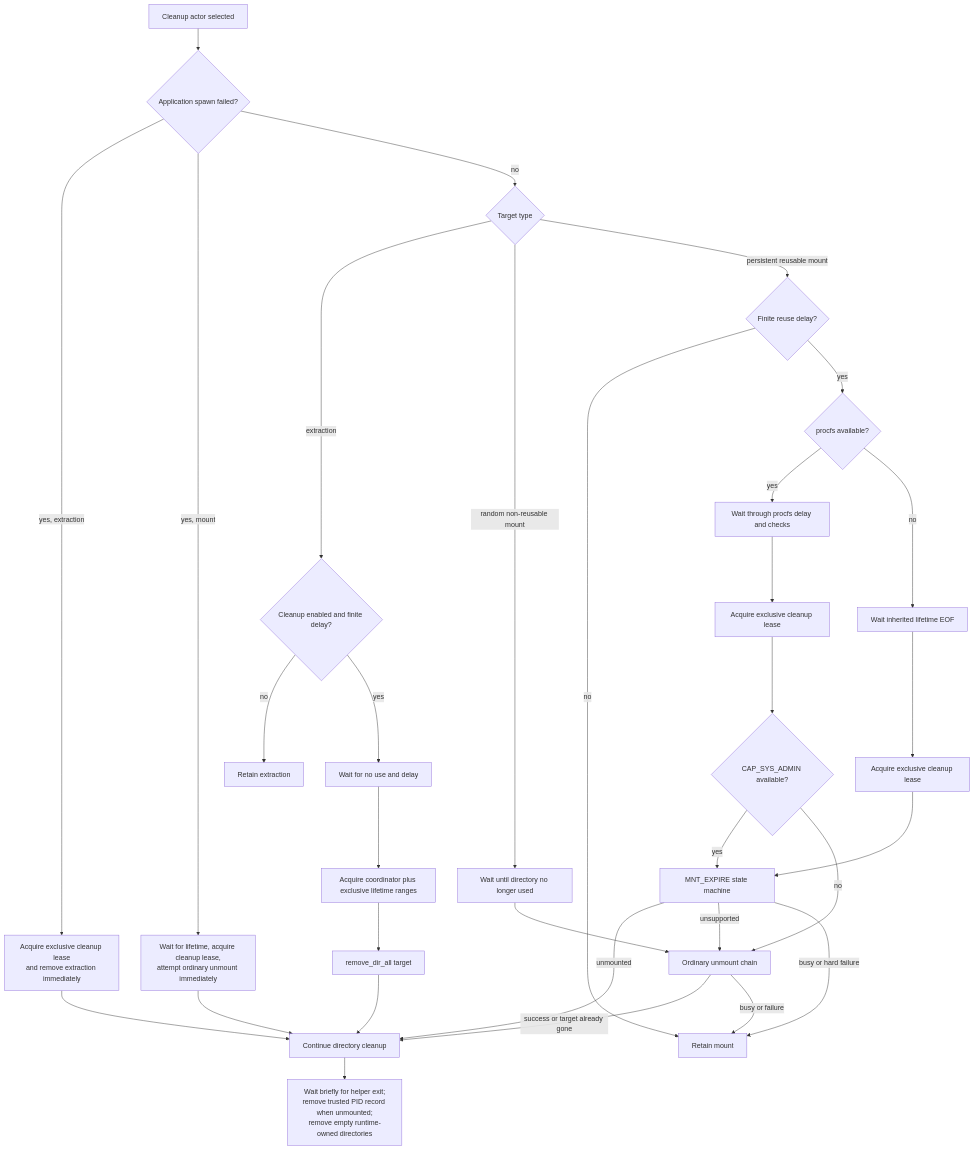
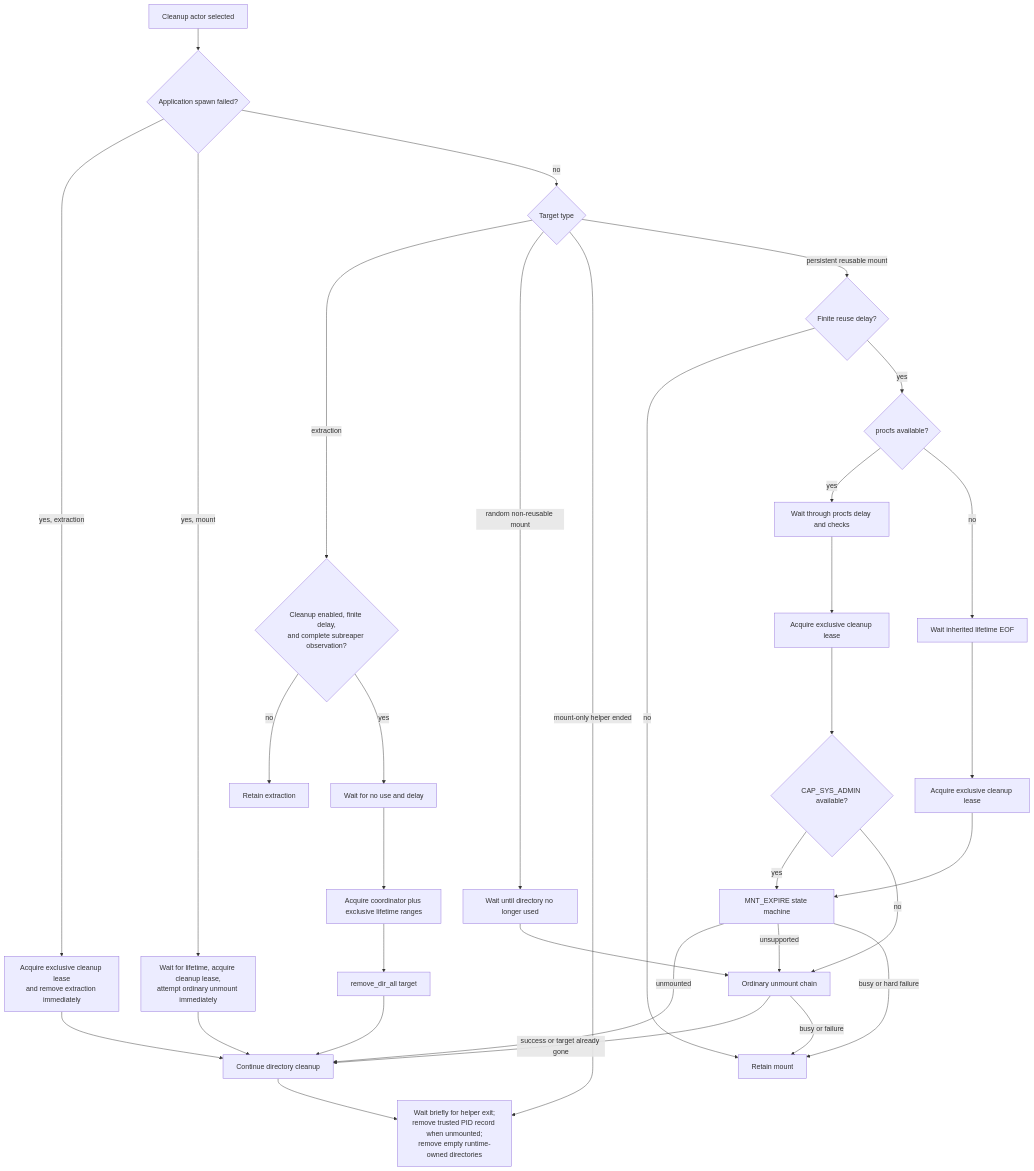
Before and after one commit to VHSgunzo/uruntime: the sixth of 6 diagrams in docs/APPLICATION_LIFECYCLE.md, drawn with Mermaid. The commit also changed other lines of this file and 13 other files, not shown here.

````diff
--- a/docs/APPLICATION_LIFECYCLE.md
+++ b/docs/APPLICATION_LIFECYCLE.md
@@ -749,34 +761,35 @@
 ```mermaid
 flowchart TD
     A[Cleanup actor selected] --> B{Application spawn failed?}
     B -- yes, extraction --> C[Acquire exclusive cleanup lease<br/>and remove extraction immediately]
     B -- yes, mount --> D[Wait for lifetime, acquire cleanup lease,<br/>attempt ordinary unmount immediately]
     B -- no --> E{Target type}
-    E -- extraction --> F{Cleanup enabled and finite delay?}
+    E -- extraction --> F{Cleanup enabled, finite delay,<br/>and complete subreaper observation?}
     F -- no --> R[Retain extraction]
     F -- yes --> G[Wait for no use and delay]
     G --> H[Acquire coordinator plus exclusive lifetime ranges]
     H --> I[remove_dir_all target]
     E -- random non-reusable mount --> J[Wait until directory no longer used]
+    E -- mount-only helper ended --> T
     J --> K[Ordinary unmount chain]
     E -- persistent reusable mount --> L{Finite reuse delay?}
     L -- no --> R2[Retain mount]
     L -- yes --> M{procfs available?}
     M -- yes --> N[Wait through procfs delay and checks]
     N --> O[Acquire exclusive cleanup lease]
     O --> O1{CAP_SYS_ADMIN available?}
     O1 -- yes --> Q
     O1 -- no --> K
     M -- no --> P[Wait inherited lifetime EOF]
     P --> O2[Acquire exclusive cleanup lease]
     O2 --> Q[MNT_EXPIRE state machine]
     Q -- unmounted --> S[Continue directory cleanup]
     Q -- unsupported --> K
     Q -- busy or hard failure --> R2
     K -- success or target already gone --> S
     K -- busy or failure --> R2
     C --> S
     D --> S
     I --> S
     S --> T[Wait briefly for helper exit;<br/>remove trusted PID record when unmounted;<br/>remove empty runtime-owned directories]
 ```
````
